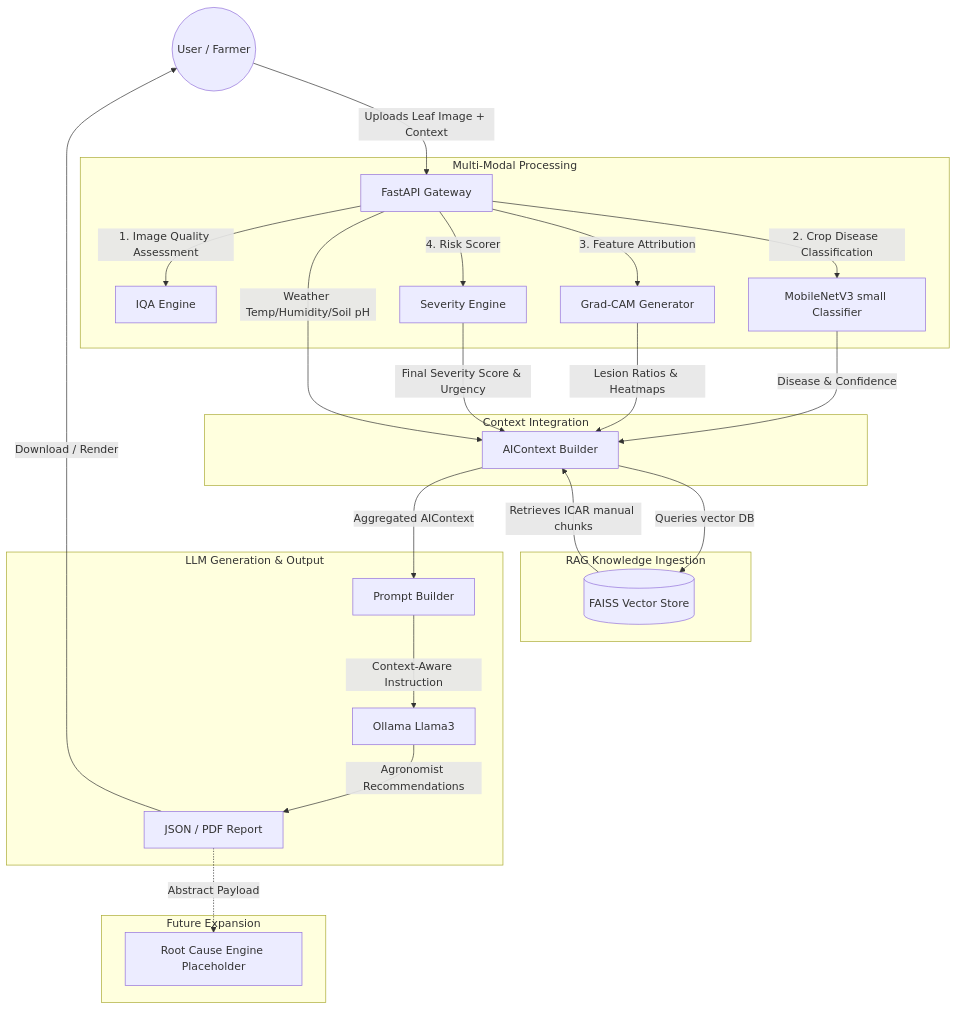
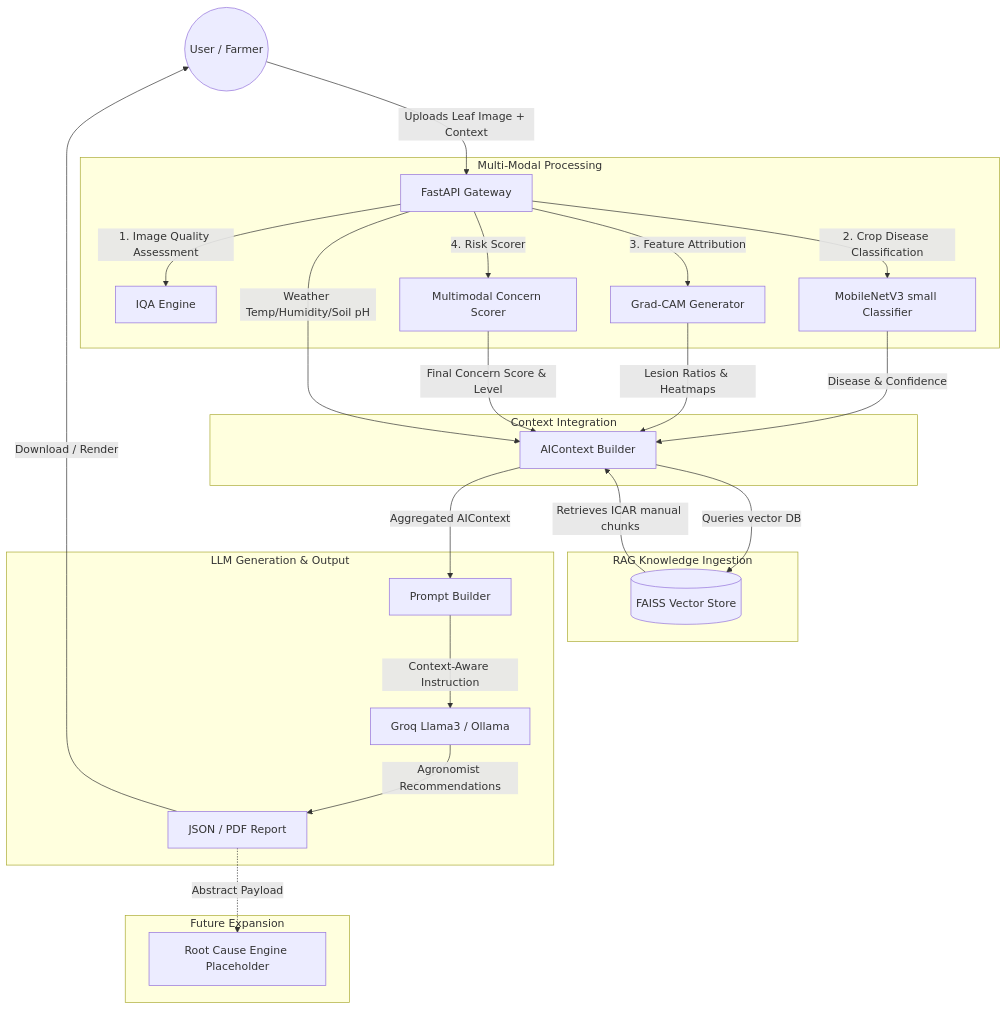
The diagram in docs/ARCHITECTURE.md (abhiram5856/av), drawn with Mermaid before and after one commit. The commit also changed other lines of this file and 2 other files, not shown here.

Commit message:
docs: Update architecture and API docs for final Multimodal concern score

````diff
--- a/docs/ARCHITECTURE.md
+++ b/docs/ARCHITECTURE.md
@@ -11,41 +11,41 @@
 ```mermaid
 flowchart TD
     %% User Input & Image Ingestion
     User((User / Farmer)) -->|Uploads Leaf Image + Context| API[FastAPI Gateway]
     
     %% API router layers
     subgraph Multi-Modal Processing
         API -->|1. Image Quality Assessment| IQA[IQA Engine]
         API -->|2. Crop Disease Classification| CNN[MobileNetV3 small Classifier]
         API -->|3. Feature Attribution| CAM[Grad-CAM Generator]
-        API -->|4. Risk Scorer| Severity[Severity Engine]
+        API -->|4. Risk Scorer| Severity[Multimodal Concern Scorer]
     end
     
     %% AIContext composition
     subgraph Context Integration
         CNN -->|Disease & Confidence| Builder[AIContext Builder]
         CAM -->|Lesion Ratios & Heatmaps| Builder
-        Severity -->|Final Severity Score & Urgency| Builder
+        Severity -->|Final Concern Score & Level| Builder
         API -->|Weather Temp/Humidity/Soil pH| Builder
     end
     
     %% RAG Retrieval
     subgraph RAG Knowledge Ingestion
         Builder -->|Queries vector DB| VectorDB[(FAISS Vector Store)]
         VectorDB -->|Retrieves ICAR manual chunks| Builder
     end
     
     %% LLM Response Compile
     subgraph LLM Generation & Output
         Builder -->|Aggregated AIContext| Prompt[Prompt Builder]
-        Prompt -->|Context-Aware Instruction| LLM[Ollama Llama3]
+        Prompt -->|Context-Aware Instruction| LLM[Groq Llama3 / Ollama]
         LLM -->|Agronomist Recommendations| Output[JSON / PDF Report]
     end
     
     %% Root Cause Placeholder
     subgraph Future Expansion
         Output -.->|Abstract Payload| RootCause[Root Cause Engine Placeholder]
     end
     
     Output -->|Download / Render| User
 ```
````
